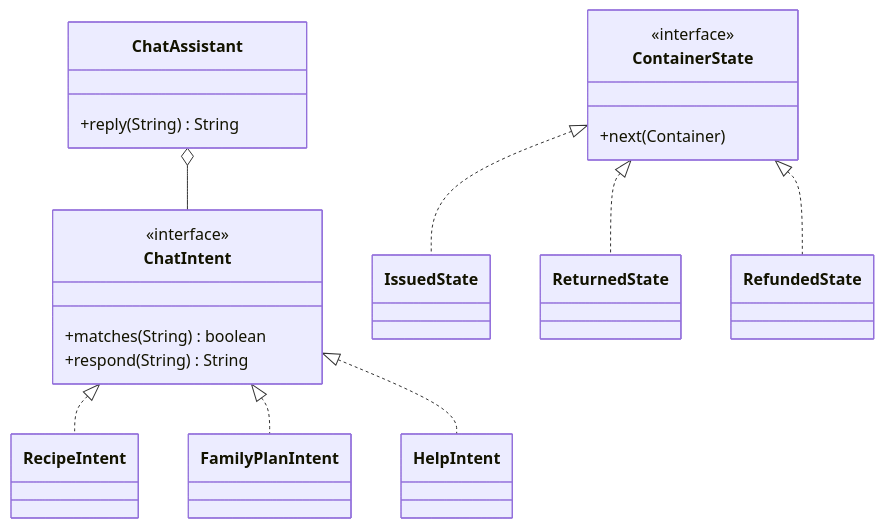
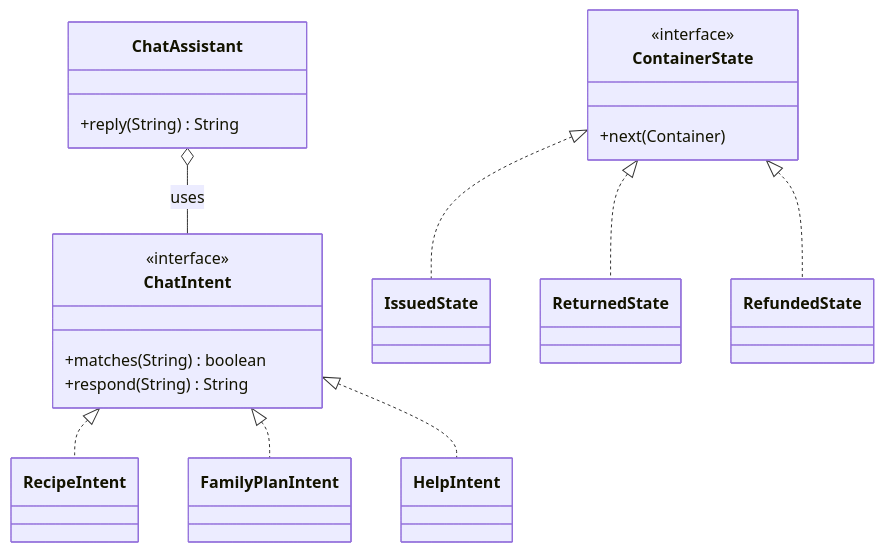
Before and after one commit to jobayerhassan/Smart-Store: the fifth of 5 diagrams in README.md, drawn with Mermaid. The commit also changed other lines of this file, not shown here.

````diff
--- a/README.md
+++ b/README.md
@@ -140,22 +448,31 @@
 ```mermaid
 classDiagram
+    class ChatAssistant {
+        +reply(String) String
+    }
     class ChatIntent {
         <<interface>>
         +matches(String) boolean
         +respond(String) String
     }
-    class ChatAssistant {
-        +reply(String) String
-    }
+    class RecipeIntent
+    class FamilyPlanIntent
+    class HelpIntent
+
     class ContainerState {
         <<interface>>
         +next(Container)
     }
-    ChatAssistant o-- ChatIntent
+    class IssuedState
+    class ReturnedState
+    class RefundedState
+
+    ChatAssistant o-- ChatIntent : uses
     ChatIntent <|.. RecipeIntent
     ChatIntent <|.. FamilyPlanIntent
     ChatIntent <|.. HelpIntent
+
     ContainerState <|.. IssuedState
     ContainerState <|.. ReturnedState
     ContainerState <|.. RefundedState
 ```
````
